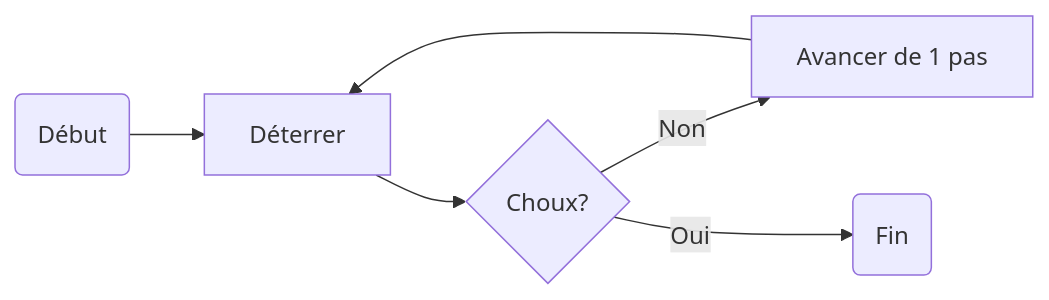
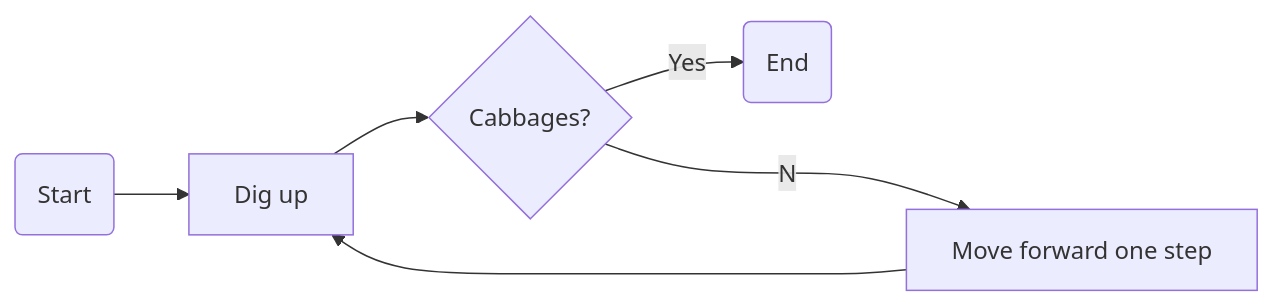
Before and after one commit to yves-chevallier/texsmith: the diagram in examples/diagrams/diagrams.md, drawn with Mermaid. The commit also changed other lines of this file and 55 other files, not shown here.

````diff
--- a/examples/diagrams/diagrams.md
+++ b/examples/diagrams/diagrams.md
@@ -15,9 +15,9 @@
 ```mermaid
-%% Algorithme de déterrage de légumes
+%% Vegetable harvesting algorithm
 flowchart LR
-    start(Début) --> pick[Déterrer]
-    pick --> if{Choux?}
-    if --Non--> step[Avancer de 1 pas]
+    start(Start) --> pick[Dig up]
+    pick --> if{Cabbages?}
+    if --No--> step[Move forward one step]
     step --> pick
-    if --Oui--> stop(Fin)
+    if --Yes--> stop(End)
 ```
````
